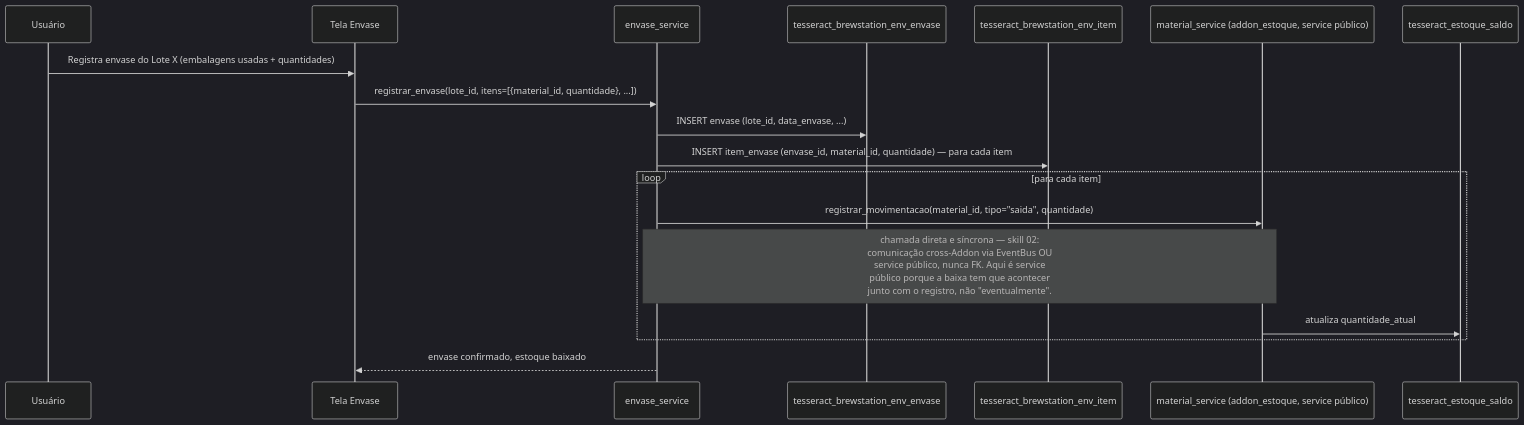
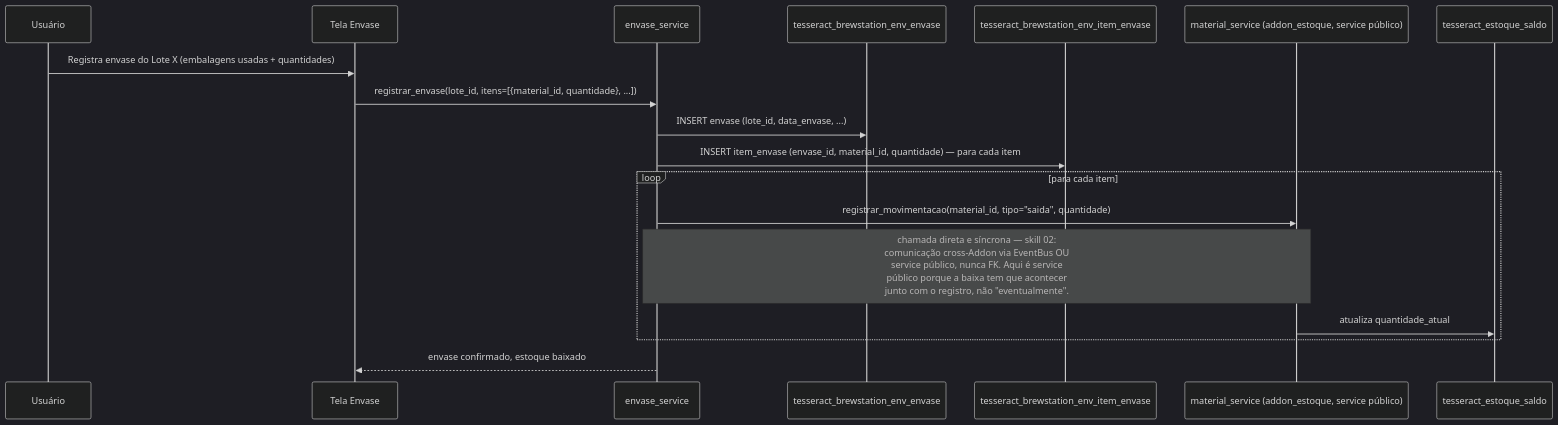
The diagram in addons/addon_brewstation/features/feature_envase/docs/technical/03-fluxos.md (ChristopherNicolasSMM/Tesseract), drawn with Mermaid (dark theme) before and after one commit. The commit also changed 29 other files, not shown here.

````diff
--- a/addons/addon_brewstation/features/feature_envase/docs/technical/03-fluxos.md
+++ b/addons/addon_brewstation/features/feature_envase/docs/technical/03-fluxos.md
@@ -5,23 +5,23 @@
 ```mermaid
 sequenceDiagram
     participant User as Usuário
     participant UI as Tela Envase
     participant EnvSvc as envase_service
     participant Envase as tesseract_brewstation_env_envase
-    participant Item as tesseract_brewstation_env_item
+    participant Item as tesseract_brewstation_env_item_envase
     participant EstSvc as material_service (addon_estoque, service público)
     participant Saldo as tesseract_estoque_saldo
 
     User->>UI: Registra envase do Lote X (embalagens usadas + quantidades)
     UI->>EnvSvc: registrar_envase(lote_id, itens=[{material_id, quantidade}, ...])
     EnvSvc->>Envase: INSERT envase (lote_id, data_envase, ...)
     EnvSvc->>Item: INSERT item_envase (envase_id, material_id, quantidade) — para cada item
 
     loop para cada item
         EnvSvc->>EstSvc: registrar_movimentacao(material_id, tipo="saida", quantidade)
         Note over EnvSvc,EstSvc: chamada direta e síncrona — skill 02:<br/>comunicação cross-Addon via EventBus OU<br/>service público, nunca FK. Aqui é service<br/>público porque a baixa tem que acontecer<br/>junto com o registro, não "eventualmente".
         EstSvc->>Saldo: atualiza quantidade_atual
     end
 
     EnvSvc-->>UI: envase confirmado, estoque baixado
 ```
````
